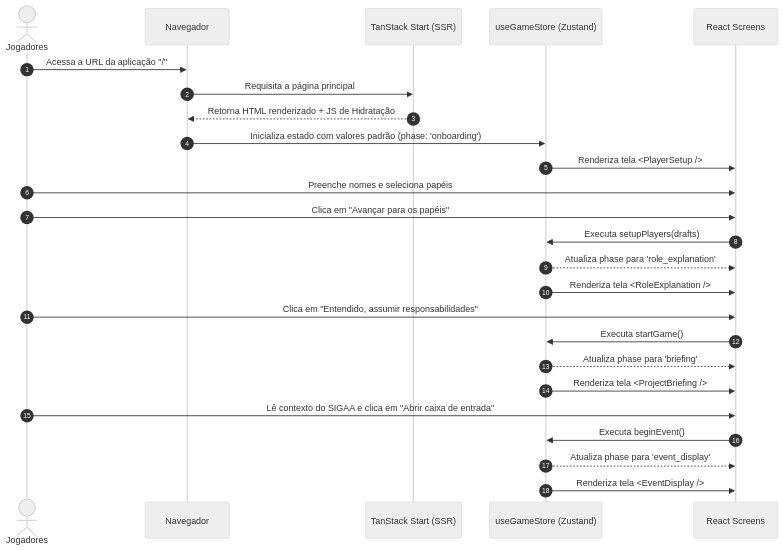
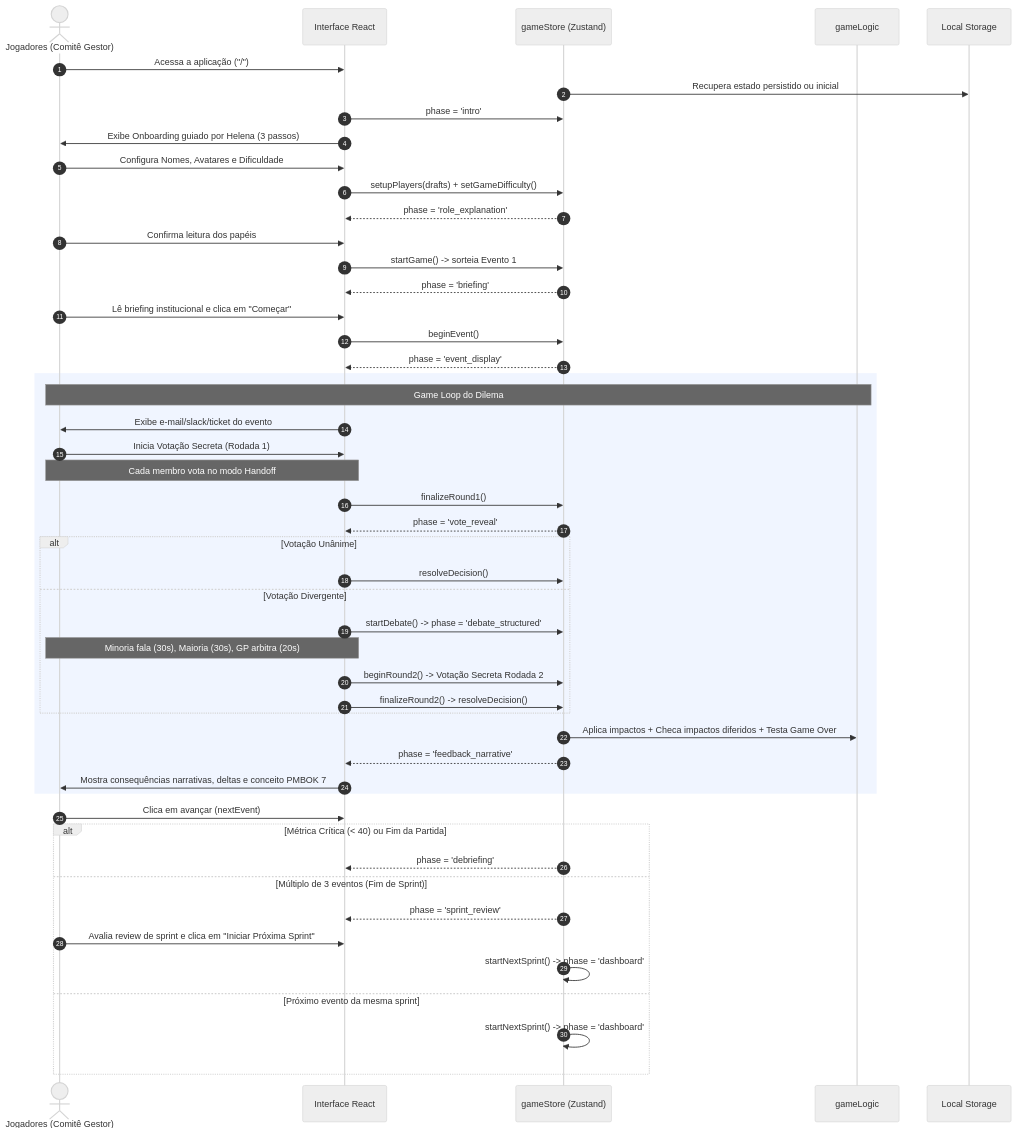
The second of 7 diagrams in documentacao_tecnica_tcc2.md (samuelcosta-pd/hardworkmanager), drawn with Mermaid (neutral theme) before and after one commit. The commit also changed other lines of this file and 19 other files, not shown here.

Commit message:
refactor: remove static event modules and consolidate event management logic

````diff
--- a/documentacao_tecnica_tcc2.md
+++ b/documentacao_tecnica_tcc2.md
@@ -176,28 +221,56 @@
 ```mermaid
 sequenceDiagram
     autonumber
-    actor Jogadores
-    participant Navegador
-    participant Server as TanStack Start (SSR)
-    participant Store as useGameStore (Zustand)
-    participant Interface as React Screens
+    actor Equipe as Jogadores (Comitê Gestor)
+    participant UI as Interface React
+    participant Store as gameStore (Zustand)
+    participant Logic as gameLogic
+    participant LocalStorage as Local Storage
+
+    Equipe->>UI: Acessa a aplicação ("/")
+    Store->>LocalStorage: Recupera estado persistido ou inicial
+    UI->>Store: phase = 'intro'
+    UI->>Equipe: Exibe Onboarding guiado por Helena (3 passos)
+    Equipe->>UI: Configura Nomes, Avatares e Dificuldade
+    UI->>Store: setupPlayers(drafts) + setGameDifficulty()
+    Store-->>UI: phase = 'role_explanation'
+    Equipe->>UI: Confirma leitura dos papéis
+    UI->>Store: startGame() -> sorteia Evento 1
+    Store-->>UI: phase = 'briefing'
+    Equipe->>UI: Lê briefing institucional e clica em "Começar"
+    UI->>Store: beginEvent()
+    Store-->>UI: phase = 'event_display'
     
-    Jogadores->>Navegador: Acessa a URL da aplicação "/"
-    Navegador->>Server: Requisita a página principal
-    Server-->>Navegador: Retorna HTML renderizado + JS de Hidratação
-    Navegador->>Store: Inicializa estado com valores padrão (phase: 'onboarding')
-    Store->>Interface: Renderiza tela <PlayerSetup />
-    Jogadores->>Interface: Preenche nomes e seleciona papéis
-    Jogadores->>Interface: Clica em "Avançar para os papéis"
-    Interface->>Store: Executa setupPlayers(drafts)
-    Store-->>Interface: Atualiza phase para 'role_explanation'
-    Store->>Interface: Renderiza tela <RoleExplanation />
-    Jogadores->>Interface: Clica em "Entendido, assumir responsabilidades"
-    Interface->>Store: Executa startGame()
-    Store-->>Interface: Atualiza phase para 'briefing'
-    Store->>Interface: Renderiza tela <ProjectBriefing />
-    Jogadores->>Interface: Lê contexto do SIGAA e clica em "Abrir caixa de entrada"
-    Interface->>Store: Executa beginEvent()
-    Store-->>Interface: Atualiza phase para 'event_display'
-    Store->>Interface: Renderiza tela <EventDisplay />
+    rect rgb(240, 245, 255)
+        Note over Equipe,Logic: Game Loop do Dilema
+        UI->>Equipe: Exibe e-mail/slack/ticket do evento
+        Equipe->>UI: Inicia Votação Secreta (Rodada 1)
+        Note over Equipe,UI: Cada membro vota no modo Handoff
+        UI->>Store: finalizeRound1()
+        Store-->>UI: phase = 'vote_reveal'
+        
+        alt Votação Unânime
+            UI->>Store: resolveDecision()
+        else Votação Divergente
+            UI->>Store: startDebate() -> phase = 'debate_structured'
+            Note over Equipe,UI: Minoria fala (30s), Maioria (30s), GP arbitra (20s)
+            UI->>Store: beginRound2() -> Votação Secreta Rodada 2
+            UI->>Store: finalizeRound2() -> resolveDecision()
+        end
+        
+        Store->>Logic: Aplica impactos + Checa impactos diferidos + Testa Game Over
+        Store-->>UI: phase = 'feedback_narrative'
+        UI->>Equipe: Mostra consequências narrativas, deltas e conceito PMBOK 7
+    end
+    
+    Equipe->>UI: Clica em avançar (nextEvent)
+    alt Métrica Crítica (< 40) ou Fim da Partida
+        Store-->>UI: phase = 'debriefing'
+    else Múltiplo de 3 eventos (Fim de Sprint)
+        Store-->>UI: phase = 'sprint_review'
+        Equipe->>UI: Avalia review de sprint e clica em "Iniciar Próxima Sprint"
+        Store->>Store: startNextSprint() -> phase = 'dashboard'
+    else Próximo evento da mesma sprint
+        Store->>Store: startNextSprint() -> phase = 'dashboard'
+    end
 ```
````
